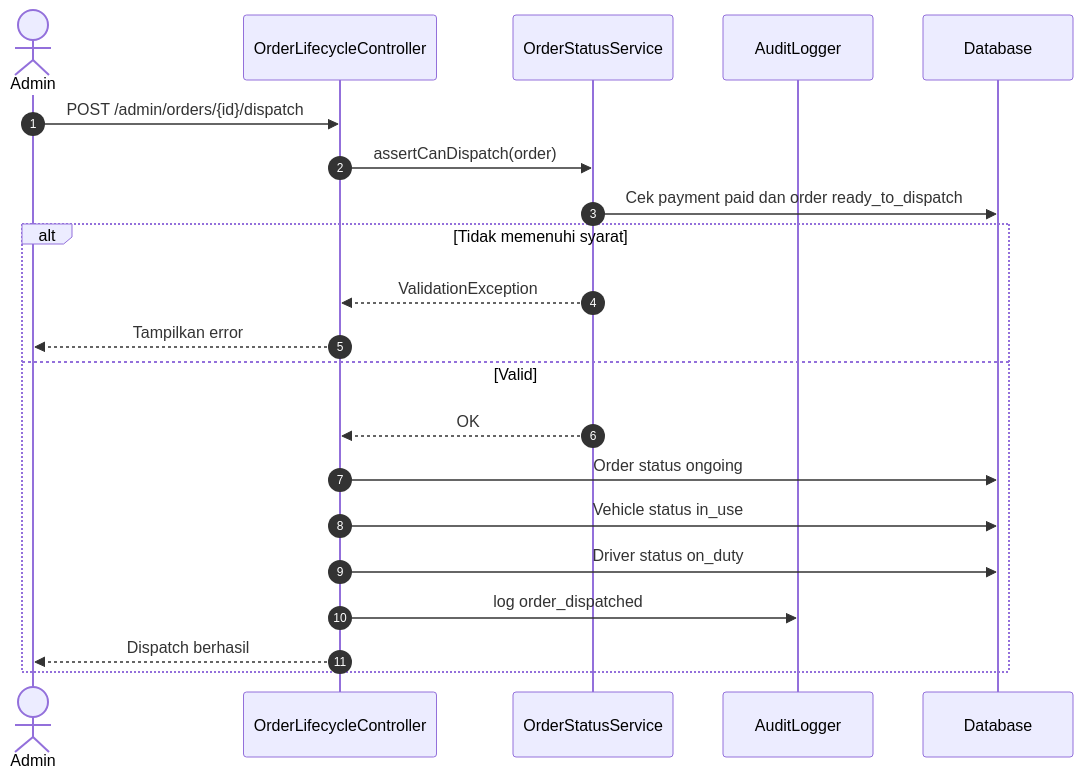
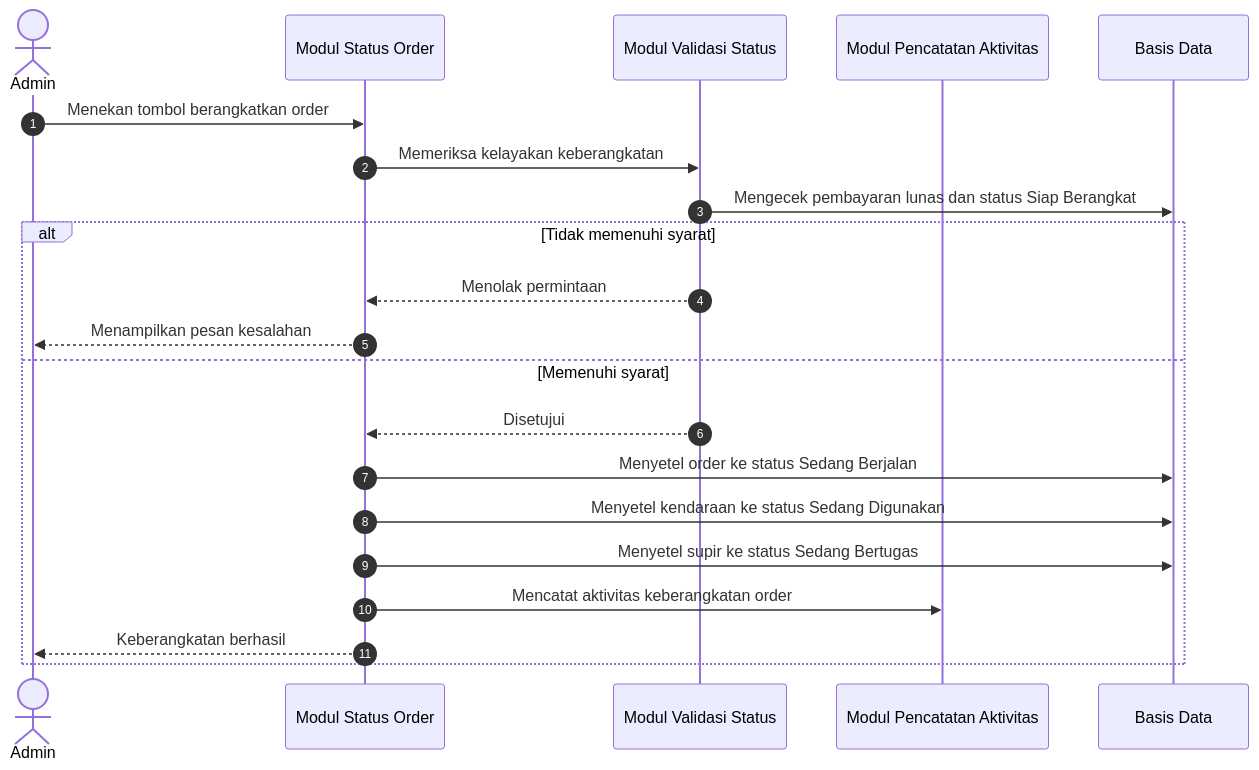
The tenth of 15 diagrams in docs/UML_MERMAID.md (nabiilnuryassar/rent-car), drawn with Mermaid before and after one commit. The commit also changed other lines of this file, not shown here.

Commit message:
update docs uml

````diff
--- a/docs/UML_MERMAID.md
+++ b/docs/UML_MERMAID.md
@@ -417,25 +408,25 @@
 ```mermaid
 sequenceDiagram
     autonumber
     actor Admin
-    participant LifeCtrl as OrderLifecycleController
-    participant StatusSvc as OrderStatusService
-    participant Audit as AuditLogger
-    participant DB as Database
+    participant StatusOrder as Modul Status Order
+    participant Validasi as Modul Validasi Status
+    participant Aktivitas as Modul Pencatatan Aktivitas
+    participant Basis as Basis Data
 
-    Admin->>LifeCtrl: POST /admin/orders/{id}/dispatch
-    LifeCtrl->>StatusSvc: assertCanDispatch(order)
-    StatusSvc->>DB: Cek payment paid dan order ready_to_dispatch
+    Admin->>StatusOrder: Menekan tombol berangkatkan order
+    StatusOrder->>Validasi: Memeriksa kelayakan keberangkatan
+    Validasi->>Basis: Mengecek pembayaran lunas dan status Siap Berangkat
 
     alt Tidak memenuhi syarat
-        StatusSvc-->>LifeCtrl: ValidationException
-        LifeCtrl-->>Admin: Tampilkan error
-    else Valid
-        StatusSvc-->>LifeCtrl: OK
-        LifeCtrl->>DB: Order status ongoing
-        LifeCtrl->>DB: Vehicle status in_use
-        LifeCtrl->>DB: Driver status on_duty
-        LifeCtrl->>Audit: log order_dispatched
-        LifeCtrl-->>Admin: Dispatch berhasil
+        Validasi-->>StatusOrder: Menolak permintaan
+        StatusOrder-->>Admin: Menampilkan pesan kesalahan
+    else Memenuhi syarat
+        Validasi-->>StatusOrder: Disetujui
+        StatusOrder->>Basis: Menyetel order ke status Sedang Berjalan
+        StatusOrder->>Basis: Menyetel kendaraan ke status Sedang Digunakan
+        StatusOrder->>Basis: Menyetel supir ke status Sedang Bertugas
+        StatusOrder->>Aktivitas: Mencatat aktivitas keberangkatan order
+        StatusOrder-->>Admin: Keberangkatan berhasil
     end
 ```
````
